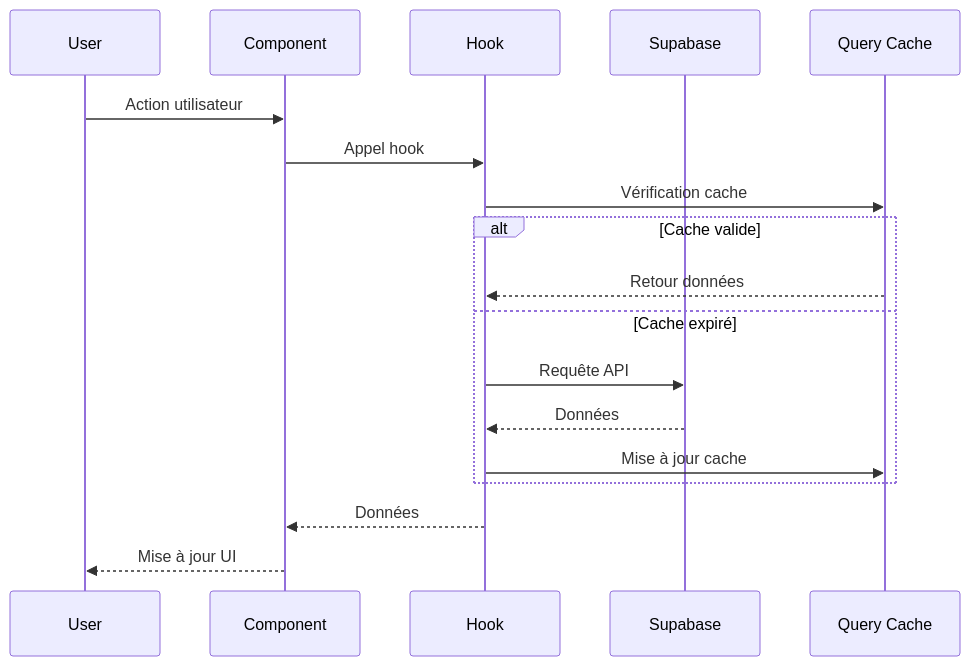
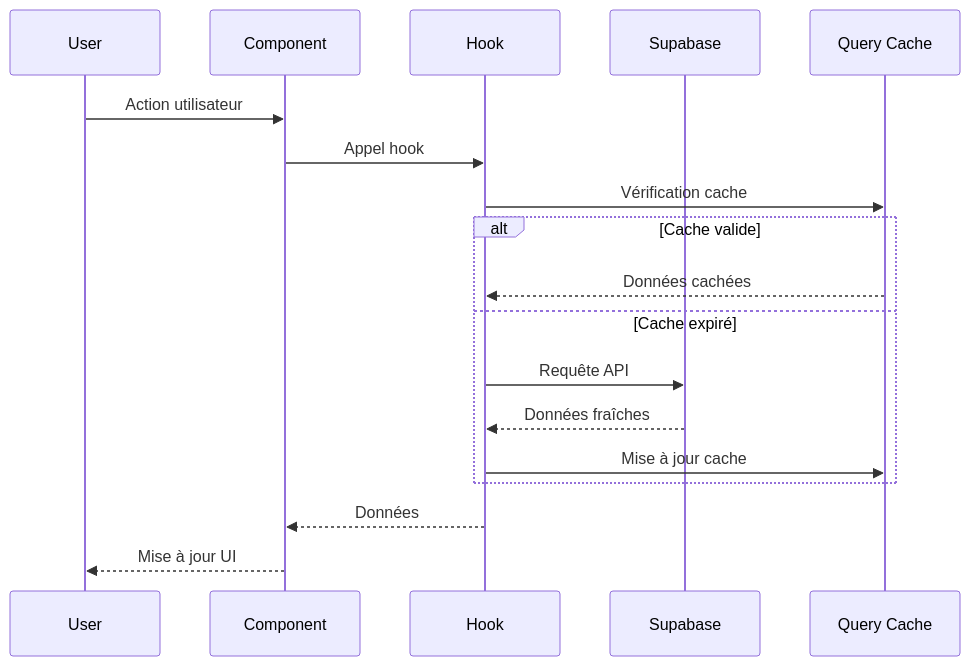
The second of 4 diagrams in ARCHITECTURE.md (moonback/Echangeo-officiel), drawn with Mermaid before and after one commit. The commit also changed other lines of this file and 7 other files, not shown here.

````diff
--- a/ARCHITECTURE.md
+++ b/ARCHITECTURE.md
@@ -219,21 +178,21 @@
 ```mermaid
 sequenceDiagram
     participant U as User
     participant C as Component
     participant H as Hook
     participant S as Supabase
     participant Q as Query Cache
     
     U->>C: Action utilisateur
     C->>H: Appel hook
     H->>Q: Vérification cache
     alt Cache valide
-        Q-->>H: Retour données
+        Q-->>H: Données cachées
     else Cache expiré
         H->>S: Requête API
-        S-->>H: Données
+        S-->>H: Données fraîches
         H->>Q: Mise à jour cache
     end
     H-->>C: Données
     C-->>U: Mise à jour UI
 ```
````
